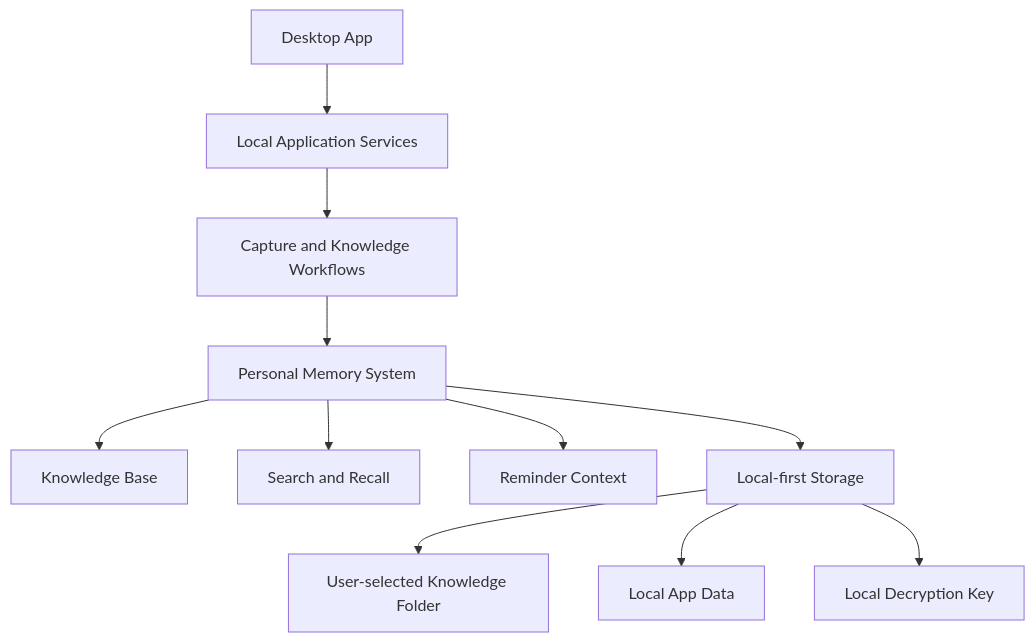
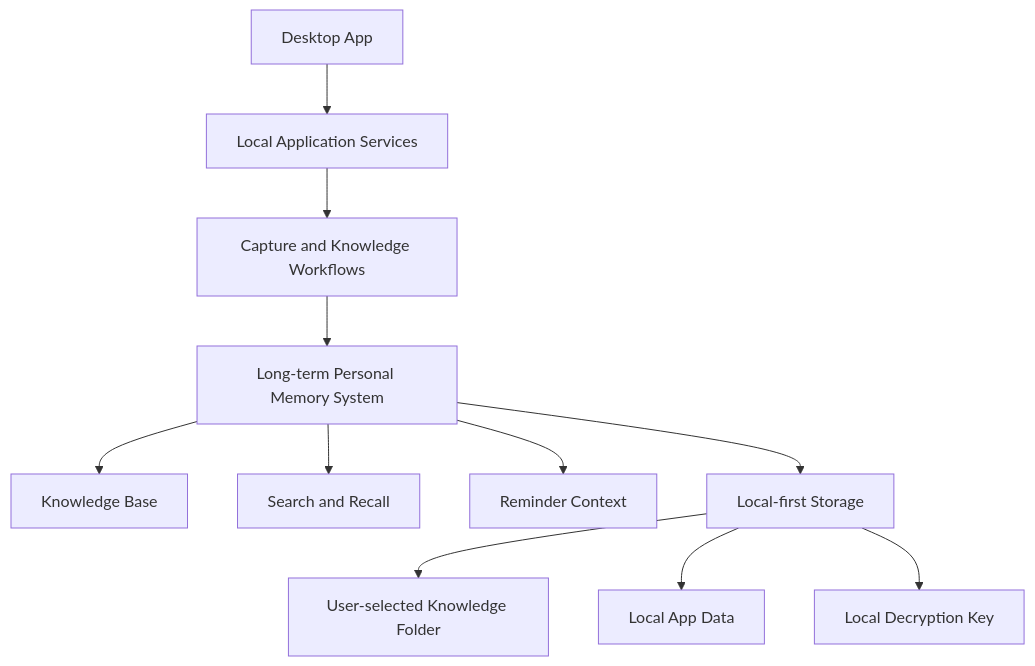
Before and after one commit to 3k1c/insightcap-community: the second of 2 diagrams in README.md, drawn with Mermaid. The commit also changed other lines of this file and 1 other file, not shown here.

Commit message:
docs: emphasize long-term personal memory

````diff
--- a/README.md
+++ b/README.md
@@ -71,15 +72,15 @@
 ```mermaid
 flowchart TD
     A[Desktop App] --> B[Local Application Services]
     B --> C[Capture and Knowledge Workflows]
-    C --> D[Personal Memory System]
+    C --> D[Long-term Personal Memory System]
 
     D --> D1[Knowledge Base]
     D --> D2[Search and Recall]
     D --> D3[Reminder Context]
 
     D --> E[Local-first Storage]
     E --> E1[User-selected Knowledge Folder]
     E --> E2[Local App Data]
     E --> E3[Local Decryption Key]
 ```
````
